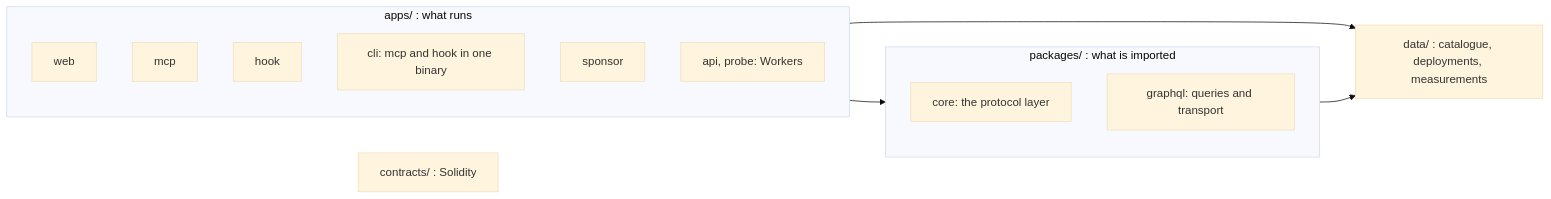
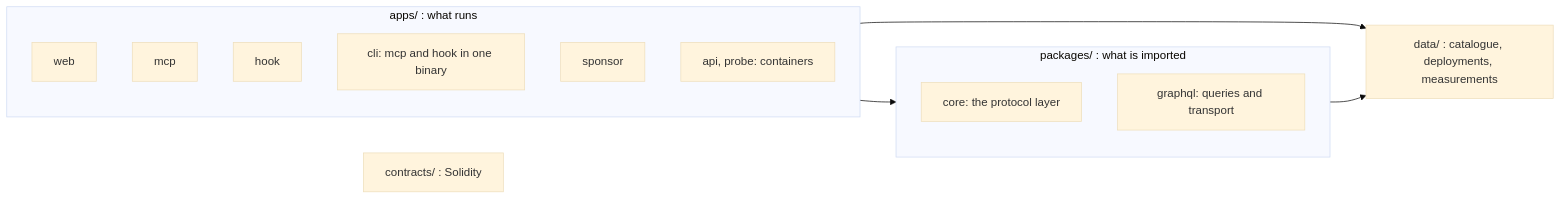
One commit to intuition-box/ARP changed the third of 3 diagrams in apps/web/public/docs/architecture.md. Above: the diagram before and after it, drawn with Mermaid (base theme). The commit also changed other lines of this file and 67 other files, not shown here.

First line of the commit message:
feat(api,probe): run as containers on Coolify, with SQLite, x402 parts off (task 140, ADR 0200)

````diff
--- a/apps/web/public/docs/architecture.md
+++ b/apps/web/public/docs/architecture.md
@@ -102,20 +102,20 @@
 ```mermaid
 flowchart LR
     subgraph apps["apps/ : what runs"]
         a1["web"]
         a2["mcp"]
         a3["hook"]
         a5["cli: mcp and hook in one binary"]
         a6["sponsor"]
-        a7["api, probe: Workers"]
+        a7["api, probe: containers"]
     end
     subgraph packages["packages/ : what is imported"]
         p1["core: the protocol layer"]
         p2["graphql: queries and transport"]
     end
     contracts["contracts/ : Solidity"]
     data["data/ : catalogue, deployments, measurements"]
     apps --> packages
     apps --> data
     packages --> data
 ```
````
